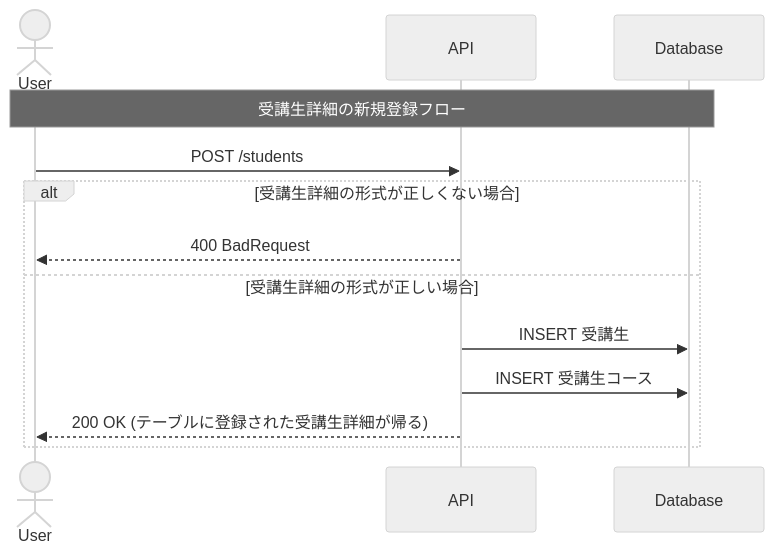
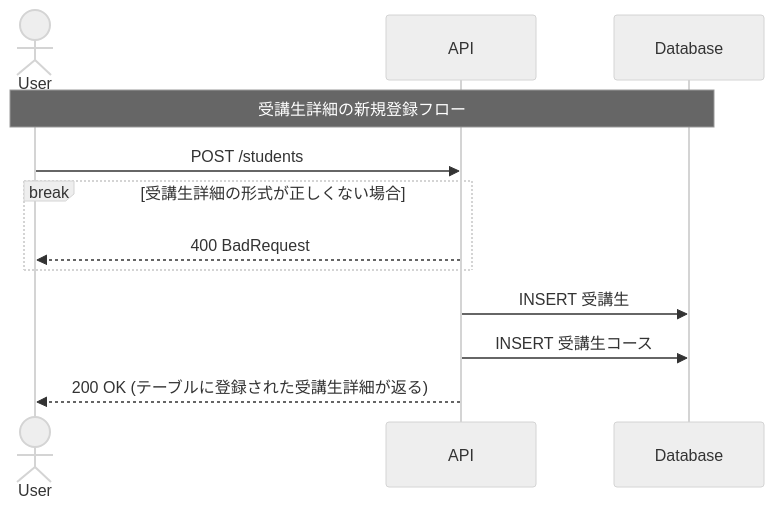
The third of 7 diagrams in README.md (saway261/StudentManagement), drawn with Mermaid (neutral theme) before and after one commit. The commit also changed other lines of this file, not shown here.

Commit message:
docs: README修正(受講生単一検索と受講生更新のシーケンス図を修正、ER図に外部キーについてのコメント追加)

````diff
--- a/README.md
+++ b/README.md
@@ -110,17 +105,16 @@
 ```mermaid
 
 sequenceDiagram
     actor User
     participant API as API
     participant DB as Database
     Note over User, DB: 受講生詳細の新規登録フロー
     User ->> API: POST /students
-    alt 受講生詳細の形式が正しくない場合
+    break 受講生詳細の形式が正しくない場合
         API -->> User: 400 BadRequest
-    else 受講生詳細の形式が正しい場合
+    end
         API ->> DB: INSERT 受講生
         API ->> DB: INSERT 受講生コース
-        API -->> User: 200 OK (テーブルに登録された受講生詳細が帰る)
-    end
+        API -->> User: 200 OK (テーブルに登録された受講生詳細が返る)
 
 ```
````
